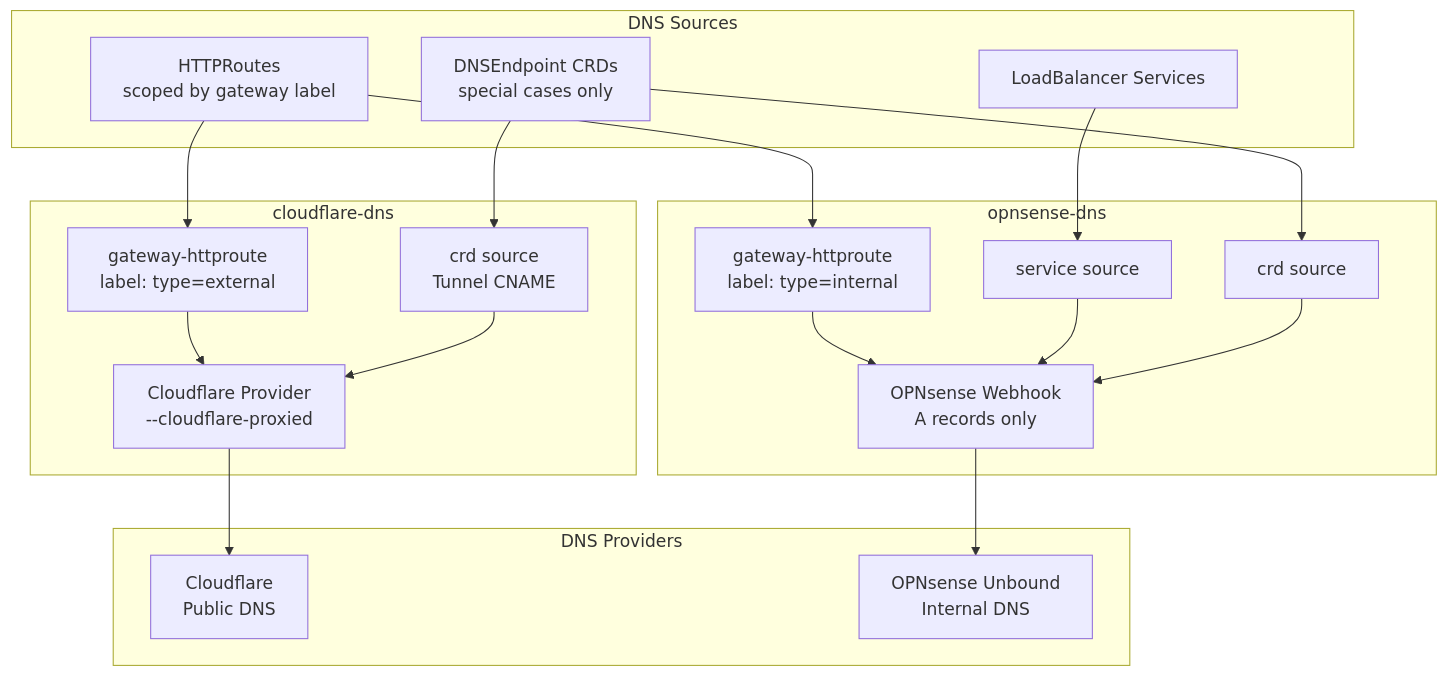
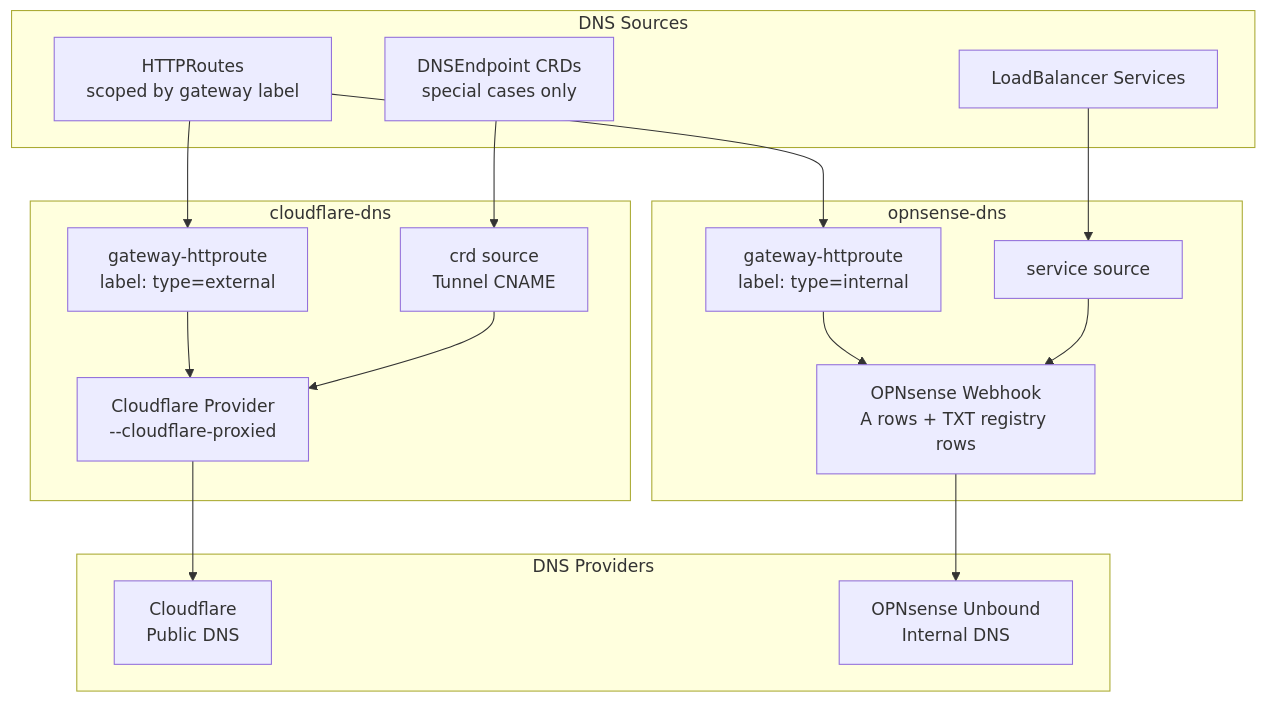
One commit to LukeEvansTech/talos-cluster changed the fourth of 6 diagrams in docs/docs/architecture/split-dns.md. Above: the diagram before and after it, drawn with Mermaid. The commit also changed other lines of this file and 5 other files, not shown here.

````diff
--- a/docs/docs/architecture/split-dns.md
+++ b/docs/docs/architecture/split-dns.md
@@ -98,33 +98,31 @@
 ```mermaid
 graph TB
     subgraph "DNS Sources"
         HTTPRoute[HTTPRoutes<br/>scoped by gateway label]
         Service[LoadBalancer Services]
         CRD[DNSEndpoint CRDs<br/>special cases only]
     end
 
     subgraph "cloudflare-dns"
         CF_HTTPRoute[gateway-httproute<br/>label: type=external]
         CF_CRD[crd source<br/>Tunnel CNAME]
         CF_Provider[Cloudflare Provider<br/>--cloudflare-proxied]
     end
 
     subgraph "opnsense-dns"
         OPN_HTTPRoute[gateway-httproute<br/>label: type=internal]
         OPN_Service[service source]
-        OPN_CRD[crd source]
-        OPN_Provider[OPNsense Webhook<br/>A records only]
+        OPN_Provider[OPNsense Webhook<br/>A rows + TXT registry rows]
     end
 
     subgraph "DNS Providers"
         Cloudflare[Cloudflare<br/>Public DNS]
         OPNsense[OPNsense Unbound<br/>Internal DNS]
     end
 
     HTTPRoute --> CF_HTTPRoute --> CF_Provider --> Cloudflare
     CRD --> CF_CRD --> CF_Provider
 
     HTTPRoute --> OPN_HTTPRoute --> OPN_Provider --> OPNsense
     Service --> OPN_Service --> OPN_Provider
-    CRD --> OPN_CRD --> OPN_Provider
 ```
````
